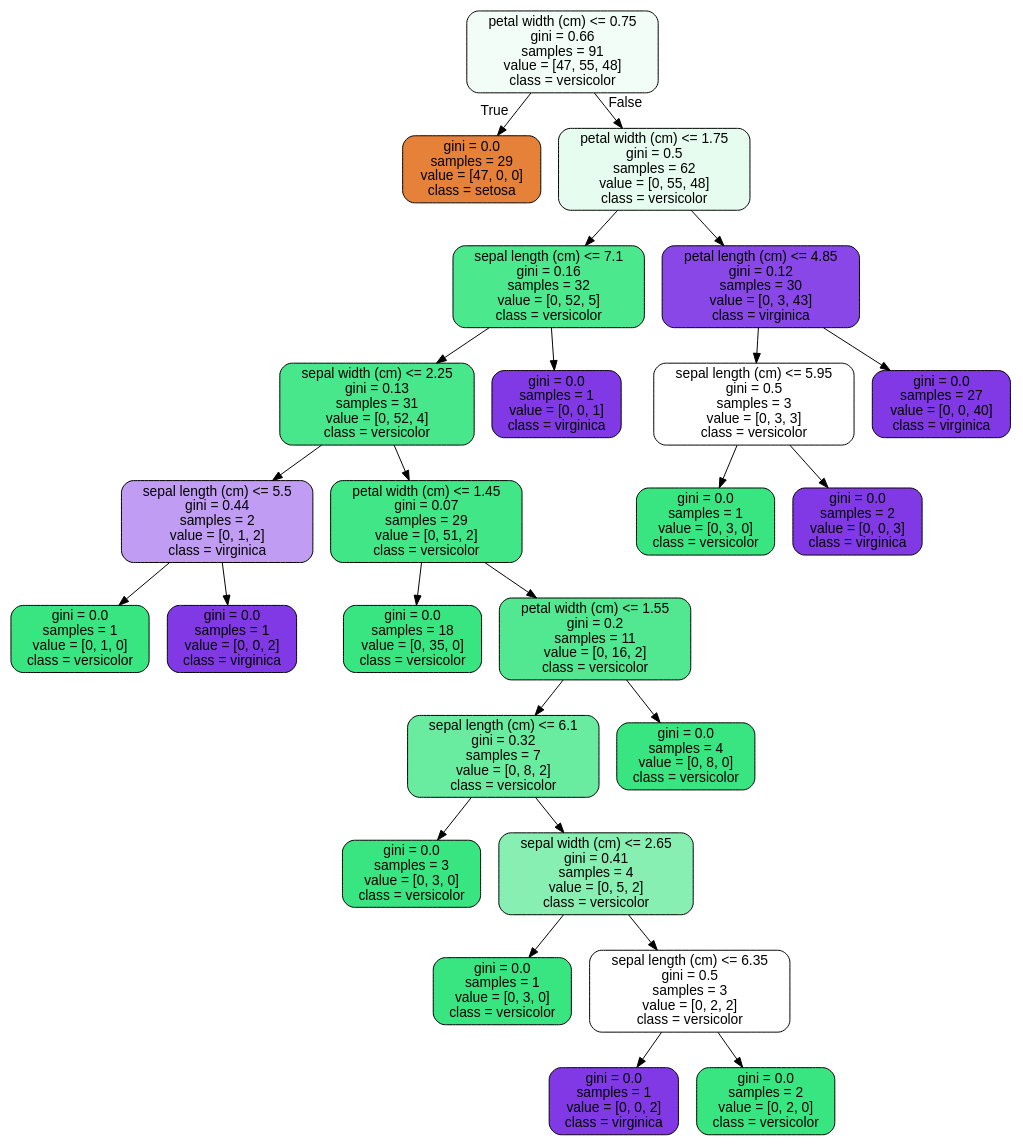
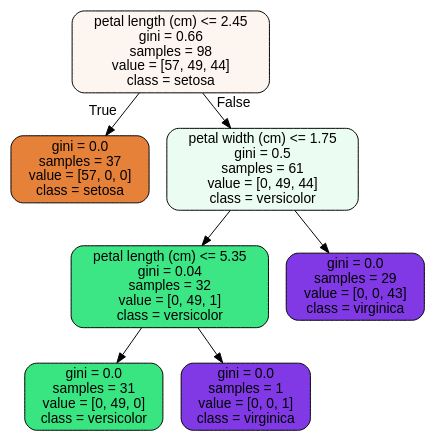
One commit to squareleaf/SpringboardDS changed the diagram in Random forest Covid case study/tree.dot. Above: the diagram before and after it, drawn with Graphviz. The commit also changed 2 other files, not shown here.

```diff
--- a/Random forest Covid case study/tree.dot
+++ b/Random forest Covid case study/tree.dot
@@ -1,53 +1,17 @@
 digraph Tree {
 node [shape=box, style="filled, rounded", color="black", fontname=helvetica] ;
 edge [fontname=helvetica] ;
-0 [label="petal width (cm) <= 0.75\ngini = 0.66\nsamples = 91\nvalue = [47, 55, 48]\nclass = versicolor", fillcolor="#f1fdf6"] ;
-1 [label="gini = 0.0\nsamples = 29\nvalue = [47, 0, 0]\nclass = setosa", fillcolor="#e58139"] ;
+0 [label="petal length (cm) <= 2.45\ngini = 0.66\nsamples = 98\nvalue = [57, 49, 44]\nclass = setosa", fillcolor="#fdf5ef"] ;
+1 [label="gini = 0.0\nsamples = 37\nvalue = [57, 0, 0]\nclass = setosa", fillcolor="#e58139"] ;
 0 -> 1 [labeldistance=2.5, labelangle=45, headlabel="True"] ;
-2 [label="petal width (cm) <= 1.75\ngini = 0.5\nsamples = 62\nvalue = [0, 55, 48]\nclass = versicolor", fillcolor="#e6fcef"] ;
+2 [label="petal width (cm) <= 1.75\ngini = 0.5\nsamples = 61\nvalue = [0, 49, 44]\nclass = versicolor", fillcolor="#ebfcf2"] ;
 0 -> 2 [labeldistance=2.5, labelangle=-45, headlabel="False"] ;
-3 [label="sepal length (cm) <= 7.1\ngini = 0.16\nsamples = 32\nvalue = [0, 52, 5]\nclass = versicolor", fillcolor="#4ce88d"] ;
+3 [label="petal length (cm) <= 5.35\ngini = 0.04\nsamples = 32\nvalue = [0, 49, 1]\nclass = versicolor", fillcolor="#3de684"] ;
 2 -> 3 ;
-4 [label="sepal width (cm) <= 2.25\ngini = 0.13\nsamples = 31\nvalue = [0, 52, 4]\nclass = versicolor", fillcolor="#48e78b"] ;
+4 [label="gini = 0.0\nsamples = 31\nvalue = [0, 49, 0]\nclass = versicolor", fillcolor="#39e581"] ;
 3 -> 4 ;
-5 [label="sepal length (cm) <= 5.5\ngini = 0.44\nsamples = 2\nvalue = [0, 1, 2]\nclass = virginica", fillcolor="#c09cf2"] ;
-4 -> 5 ;
-6 [label="gini = 0.0\nsamples = 1\nvalue = [0, 1, 0]\nclass = versicolor", fillcolor="#39e581"] ;
-5 -> 6 ;
-7 [label="gini = 0.0\nsamples = 1\nvalue = [0, 0, 2]\nclass = virginica", fillcolor="#8139e5"] ;
-5 -> 7 ;
-8 [label="petal width (cm) <= 1.45\ngini = 0.07\nsamples = 29\nvalue = [0, 51, 2]\nclass = versicolor", fillcolor="#41e686"] ;
-4 -> 8 ;
-9 [label="gini = 0.0\nsamples = 18\nvalue = [0, 35, 0]\nclass = versicolor", fillcolor="#39e581"] ;
-8 -> 9 ;
-10 [label="petal width (cm) <= 1.55\ngini = 0.2\nsamples = 11\nvalue = [0, 16, 2]\nclass = versicolor", fillcolor="#52e891"] ;
-8 -> 10 ;
-11 [label="sepal length (cm) <= 6.1\ngini = 0.32\nsamples = 7\nvalue = [0, 8, 2]\nclass = versicolor", fillcolor="#6aeca0"] ;
-10 -> 11 ;
-12 [label="gini = 0.0\nsamples = 3\nvalue = [0, 3, 0]\nclass = versicolor", fillcolor="#39e581"] ;
-11 -> 12 ;
-13 [label="sepal width (cm) <= 2.65\ngini = 0.41\nsamples = 4\nvalue = [0, 5, 2]\nclass = versicolor", fillcolor="#88efb3"] ;
-11 -> 13 ;
-14 [label="gini = 0.0\nsamples = 1\nvalue = [0, 3, 0]\nclass = versicolor", fillcolor="#39e581"] ;
-13 -> 14 ;
-15 [label="sepal length (cm) <= 6.35\ngini = 0.5\nsamples = 3\nvalue = [0, 2, 2]\nclass = versicolor", fillcolor="#ffffff"] ;
-13 -> 15 ;
-16 [label="gini = 0.0\nsamples = 1\nvalue = [0, 0, 2]\nclass = virginica", fillcolor="#8139e5"] ;
-15 -> 16 ;
-17 [label="gini = 0.0\nsamples = 2\nvalue = [0, 2, 0]\nclass = versicolor", fillcolor="#39e581"] ;
-15 -> 17 ;
-18 [label="gini = 0.0\nsamples = 4\nvalue = [0, 8, 0]\nclass = versicolor", fillcolor="#39e581"] ;
-10 -> 18 ;
-19 [label="gini = 0.0\nsamples = 1\nvalue = [0, 0, 1]\nclass = virginica", fillcolor="#8139e5"] ;
-3 -> 19 ;
-20 [label="petal length (cm) <= 4.85\ngini = 0.12\nsamples = 30\nvalue = [0, 3, 43]\nclass = virginica", fillcolor="#8a47e7"] ;
-2 -> 20 ;
-21 [label="sepal length (cm) <= 5.95\ngini = 0.5\nsamples = 3\nvalue = [0, 3, 3]\nclass = versicolor", fillcolor="#ffffff"] ;
-20 -> 21 ;
-22 [label="gini = 0.0\nsamples = 1\nvalue = [0, 3, 0]\nclass = versicolor", fillcolor="#39e581"] ;
-21 -> 22 ;
-23 [label="gini = 0.0\nsamples = 2\nvalue = [0, 0, 3]\nclass = virginica", fillcolor="#8139e5"] ;
-21 -> 23 ;
-24 [label="gini = 0.0\nsamples = 27\nvalue = [0, 0, 40]\nclass = virginica", fillcolor="#8139e5"] ;
-20 -> 24 ;
+5 [label="gini = 0.0\nsamples = 1\nvalue = [0, 0, 1]\nclass = virginica", fillcolor="#8139e5"] ;
+3 -> 5 ;
+6 [label="gini = 0.0\nsamples = 29\nvalue = [0, 0, 43]\nclass = virginica", fillcolor="#8139e5"] ;
+2 -> 6 ;
 }
```
